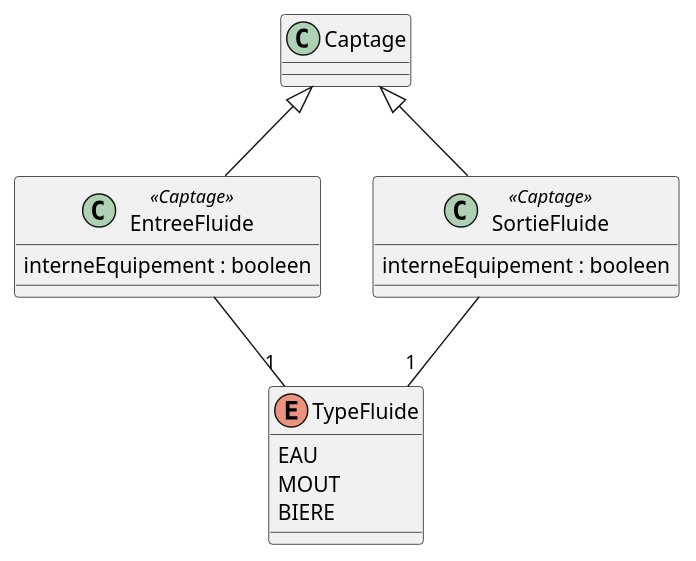
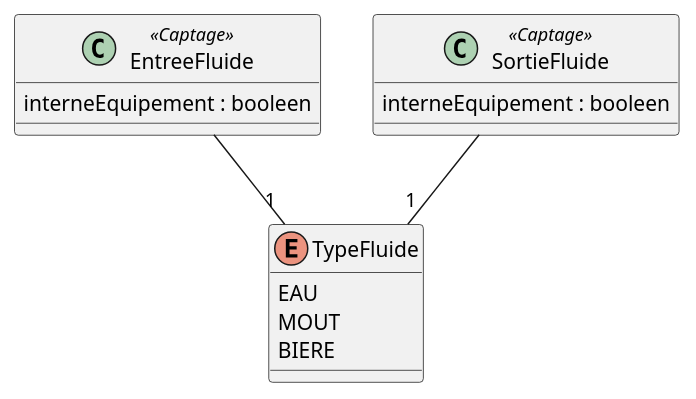
The diagram in fluide.iuml (beerfactory/brewbox-uml), drawn with PlantUML before and after one commit. The commit also changed 3 other files, not shown here.

```diff
--- a/fluide.iuml
+++ b/fluide.iuml
@@ -1,17 +1,15 @@
 class EntreeFluide <<Captage>> {
 	interneEquipement : booleen
 }
 class SortieFluide  <<Captage>> {
 	interneEquipement : booleen
 }
 
 enum TypeFluide {
     EAU
     MOUT
     BIERE
 }
 
 EntreeFluide -- "1" TypeFluide
 SortieFluide -- "1" TypeFluide
-Captage <|-- EntreeFluide
-Captage <|-- SortieFluide
```
